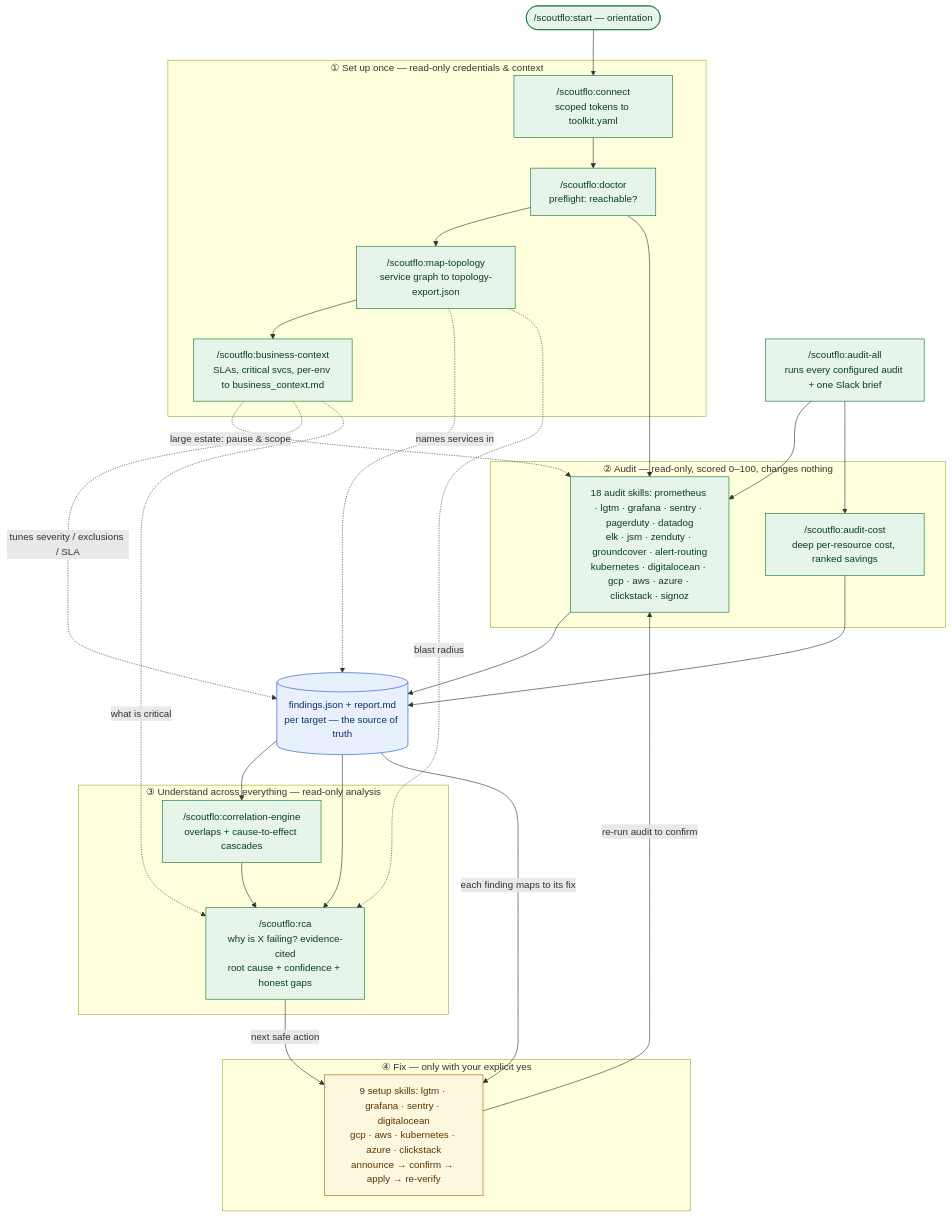
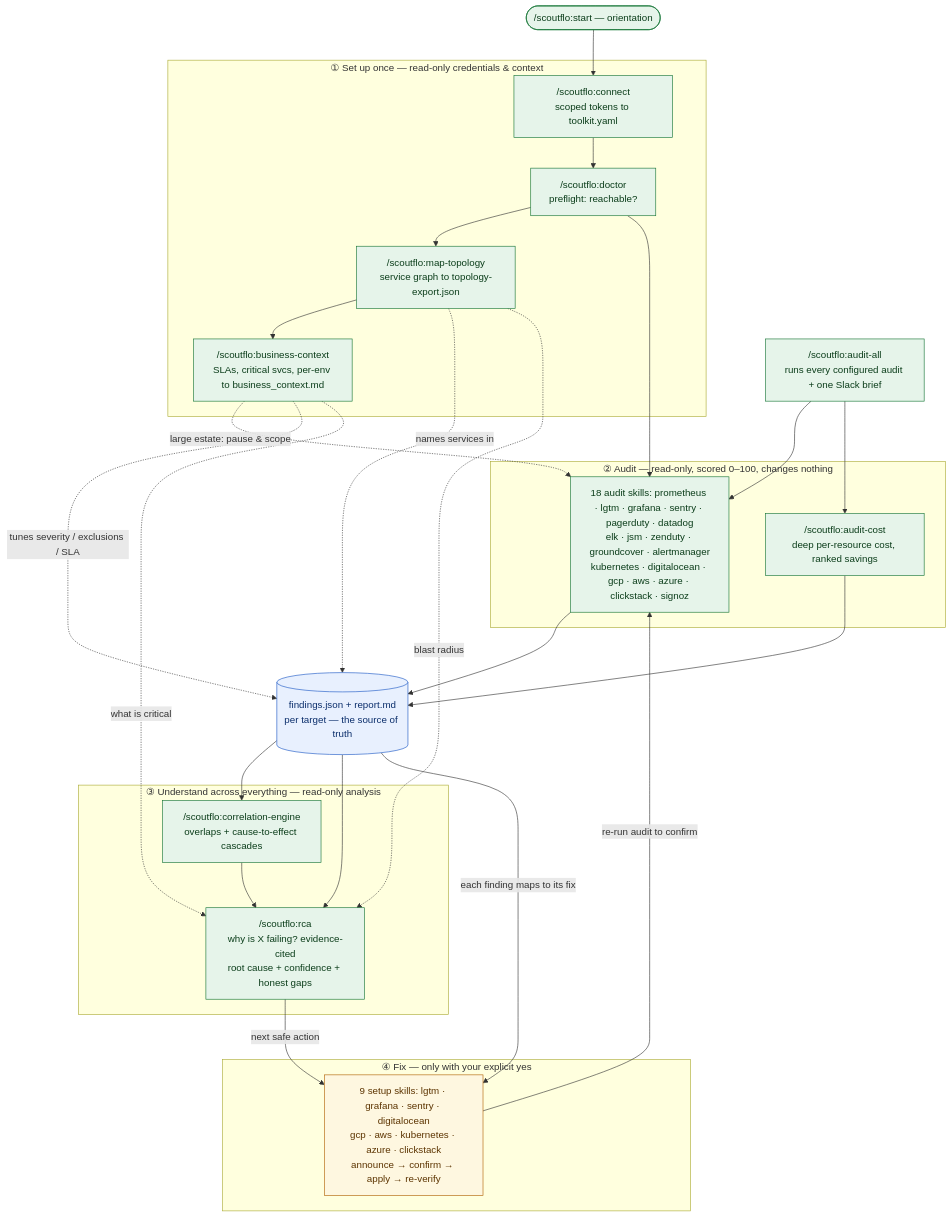
One commit to Scoutflo/ai-readiness changed the diagram in README.md. Above: the diagram before and after it, drawn with Mermaid. The commit also changed other lines of this file and 51 other files, not shown here.

First line of the commit message:
audit-alert-routing renamed to audit-alertmanager (v0.1.158) + rule-plane retired

````diff
--- a/README.md
+++ b/README.md
@@ -16,54 +16,54 @@
 ```mermaid
 flowchart TD
     start(["/scoutflo:start — orientation"])
 
     subgraph SETUP["① Set up once — read-only credentials & context"]
         connect["/scoutflo:connect<br/>scoped tokens to toolkit.yaml"]
         doctor["/scoutflo:doctor<br/>preflight: reachable?"]
         topo["/scoutflo:map-topology<br/>service graph to topology-export.json"]
         bctx["/scoutflo:business-context<br/>SLAs, critical svcs, per-env to business_context.md"]
     end
 
     subgraph AUDIT["② Audit — read-only, scored 0–100, changes nothing"]
-        aud["18 audit skills: prometheus · lgtm · grafana · sentry · pagerduty · datadog<br/>elk · jsm · zenduty · groundcover · alert-routing<br/>kubernetes · digitalocean · gcp · aws · azure · clickstack · signoz"]
+        aud["18 audit skills: prometheus · lgtm · grafana · sentry · pagerduty · datadog<br/>elk · jsm · zenduty · groundcover · alertmanager<br/>kubernetes · digitalocean · gcp · aws · azure · clickstack · signoz"]
         cost["/scoutflo:audit-cost<br/>deep per-resource cost, ranked savings"]
     end
 
     all["/scoutflo:audit-all<br/>runs every configured audit + one Slack brief"]
     findings[("findings.json + report.md<br/>per target — the source of truth")]
 
     subgraph CORRELATE["③ Understand across everything — read-only analysis"]
         corr["/scoutflo:correlation-engine<br/>overlaps + cause-to-effect cascades"]
         rca["/scoutflo:rca<br/>why is X failing? evidence-cited<br/>root cause + confidence + honest gaps"]
     end
 
     subgraph FIX["④ Fix — only with your explicit yes"]
         setup["9 setup skills: lgtm · grafana · sentry · digitalocean<br/>gcp · aws · kubernetes · azure · clickstack<br/>announce → confirm → apply → re-verify"]
     end
 
     start --> connect --> doctor
     doctor --> topo --> bctx
     bctx -.->|large estate: pause & scope| aud
     doctor --> aud
     aud --> findings
     cost --> findings
     all --> aud
     all --> cost
     topo -. names services in .-> findings
     bctx -. tunes severity / exclusions / SLA .-> findings
     findings --> corr
     corr --> rca
     topo -. blast radius .-> rca
     bctx -. what is critical .-> rca
     findings --> rca
     rca -->|next safe action| setup
     findings -->|each finding maps to its fix| setup
     setup -->|re-run audit to confirm| aud
 
     classDef ro fill:#e6f4ea,stroke:#137333,color:#0b3d1a;
     classDef write fill:#fef7e0,stroke:#b06000,color:#5c3400;
     classDef data fill:#e8f0fe,stroke:#1a56c4,color:#0b2e6b;
     class start,connect,doctor,topo,bctx,aud,cost,all,corr,rca ro;
     class setup write;
     class findings data;
 ```
````
